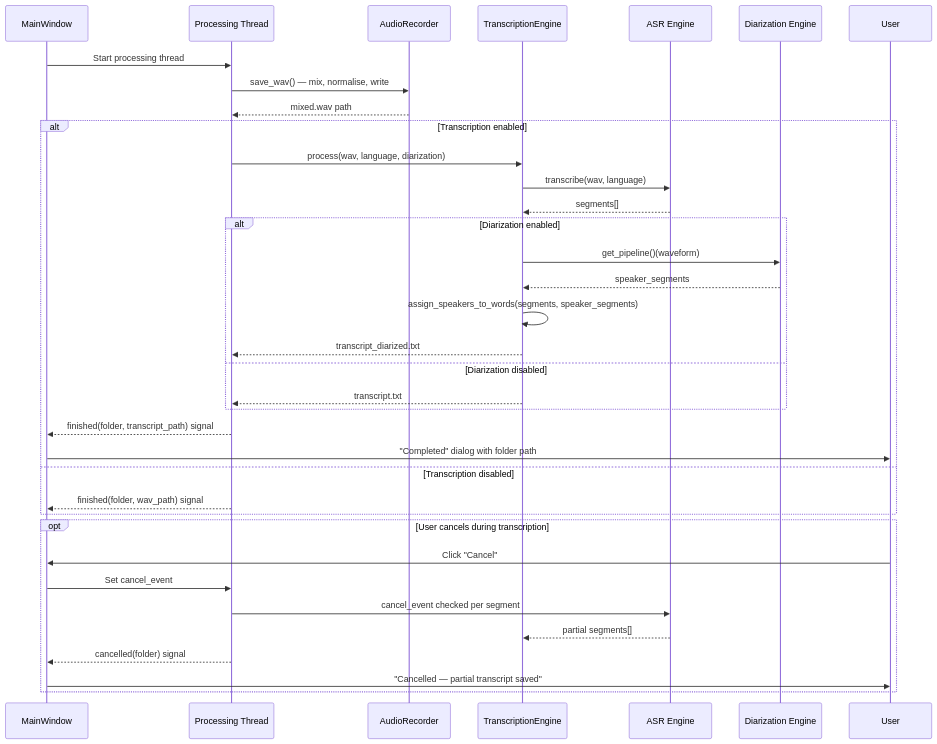
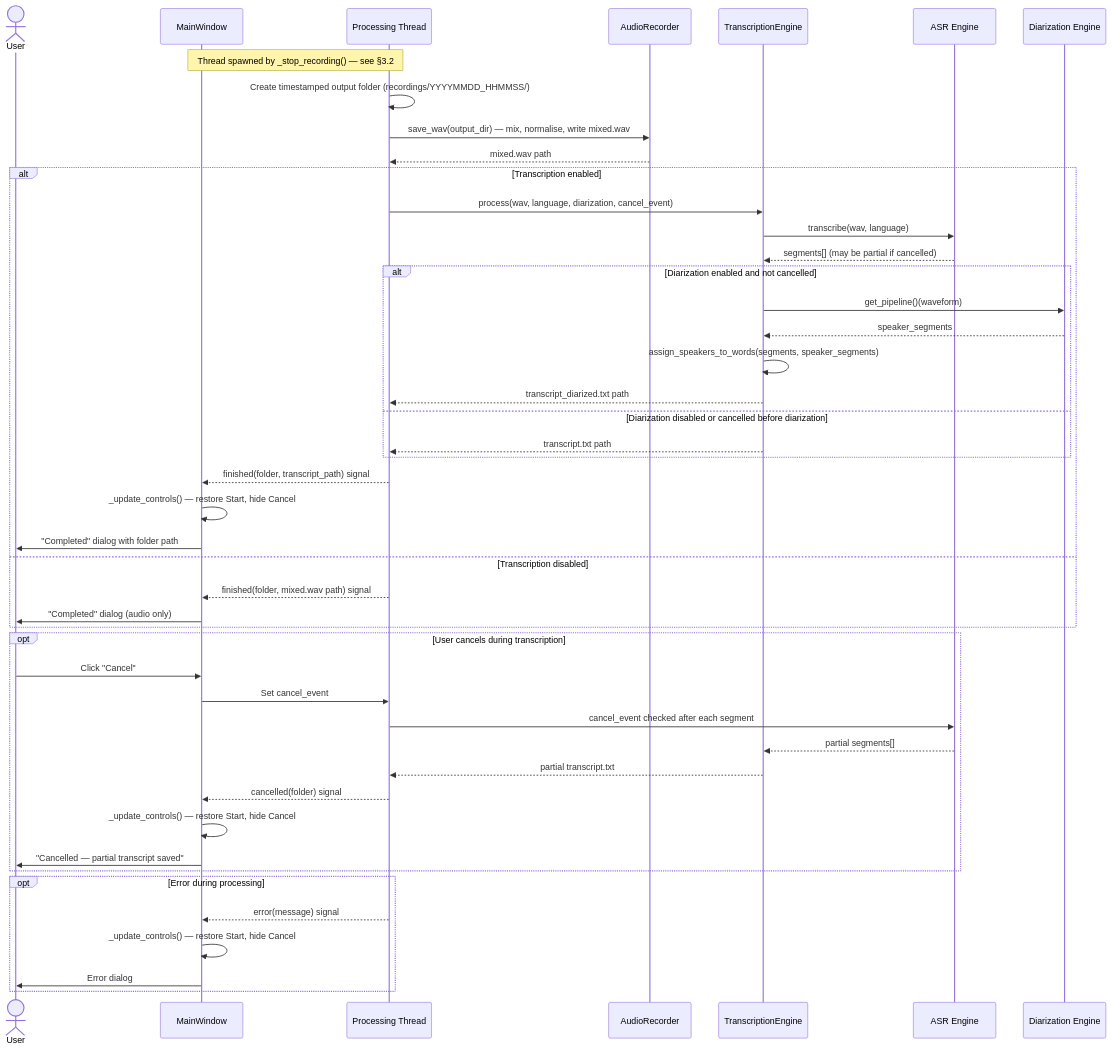
One commit to edoardomazzella/meeting-transcriber changed the fourth of 6 diagrams in docs/ARCHITECTURE.md. Above: the diagram before and after it, drawn with Mermaid. The commit also changed other lines of this file, not shown here.

````diff
--- a/docs/ARCHITECTURE.md
+++ b/docs/ARCHITECTURE.md
@@ -184,42 +189,54 @@
 ```mermaid
 sequenceDiagram
+    actor User
     participant GUI as MainWindow
     participant BG as Processing Thread
     participant Rec as AudioRecorder
     participant TE as TranscriptionEngine
     participant ASR as ASR Engine
     participant Dia as Diarization Engine
 
-    GUI->>BG: Start processing thread
-    BG->>Rec: save_wav() — mix, normalise, write
+    Note over GUI,BG: Thread spawned by _stop_recording() — see §3.2
+    BG->>BG: Create timestamped output folder (recordings/YYYYMMDD_HHMMSS/)
+    BG->>Rec: save_wav(output_dir) — mix, normalise, write mixed.wav
     Rec-->>BG: mixed.wav path
 
     alt Transcription enabled
-        BG->>TE: process(wav, language, diarization)
+        BG->>TE: process(wav, language, diarization, cancel_event)
         TE->>ASR: transcribe(wav, language)
-        ASR-->>TE: segments[]
+        ASR-->>TE: segments[] (may be partial if cancelled)
 
-        alt Diarization enabled
+        alt Diarization enabled and not cancelled
             TE->>Dia: get_pipeline()(waveform)
             Dia-->>TE: speaker_segments
             TE->>TE: assign_speakers_to_words(segments, speaker_segments)
-            TE-->>BG: transcript_diarized.txt
-        else Diarization disabled
-            TE-->>BG: transcript.txt
+            TE-->>BG: transcript_diarized.txt path
+        else Diarization disabled or cancelled before diarization
+            TE-->>BG: transcript.txt path
         end
 
         BG-->>GUI: finished(folder, transcript_path) signal
+        GUI->>GUI: _update_controls() — restore Start, hide Cancel
         GUI->>User: "Completed" dialog with folder path
     else Transcription disabled
-        BG-->>GUI: finished(folder, wav_path) signal
+        BG-->>GUI: finished(folder, mixed.wav path) signal
+        GUI->>User: "Completed" dialog (audio only)
     end
 
     opt User cancels during transcription
         User->>GUI: Click "Cancel"
         GUI->>BG: Set cancel_event
-        BG->>ASR: cancel_event checked per segment
+        BG->>ASR: cancel_event checked after each segment
         ASR-->>TE: partial segments[]
+        TE-->>BG: partial transcript.txt
         BG-->>GUI: cancelled(folder) signal
+        GUI->>GUI: _update_controls() — restore Start, hide Cancel
         GUI->>User: "Cancelled — partial transcript saved"
     end
+
+    opt Error during processing
+        BG-->>GUI: error(message) signal
+        GUI->>GUI: _update_controls() — restore Start, hide Cancel
+        GUI->>User: Error dialog
+    end
 ```
````
